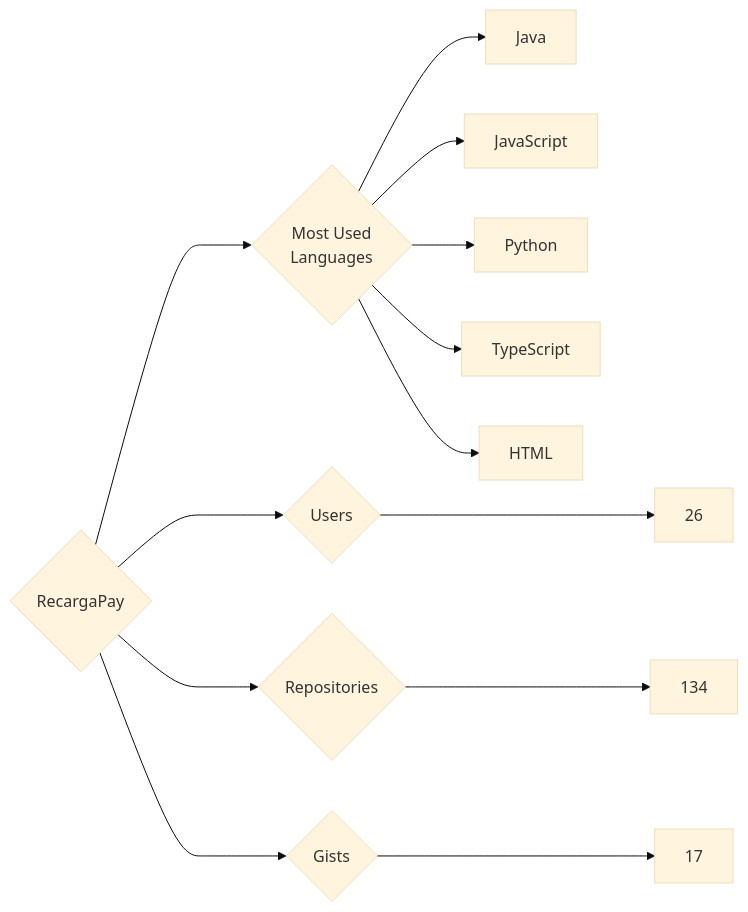
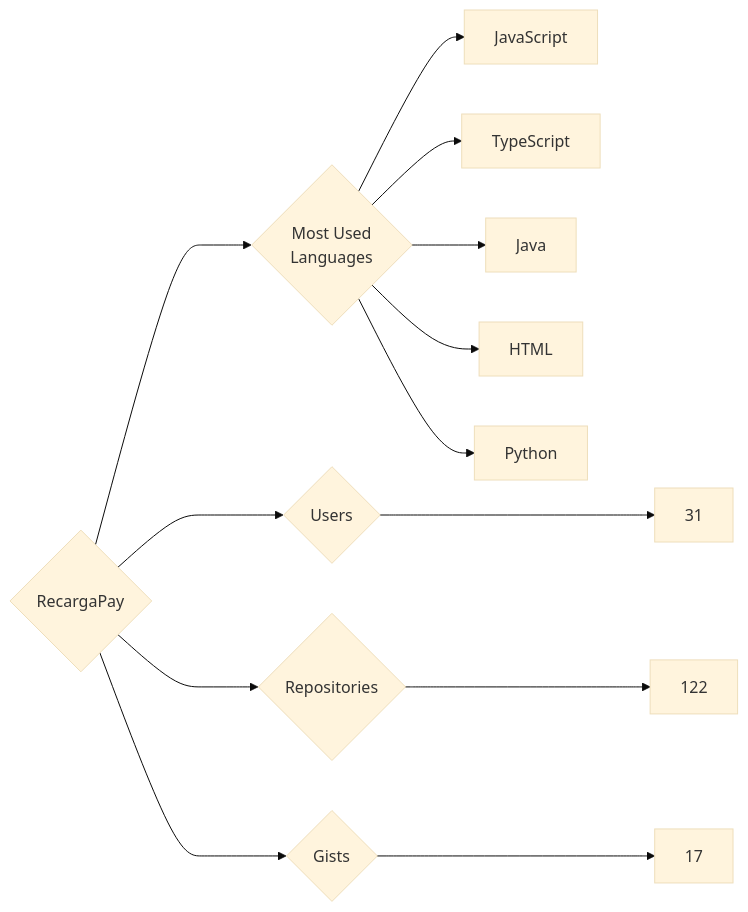
The diagram in targets/RecargaPay/README.md (trickest/insiders), drawn with Mermaid (base theme) before and after one commit. The commit also changed 682 other files, not shown here.

````diff
--- a/targets/RecargaPay/README.md
+++ b/targets/RecargaPay/README.md
@@ -3,13 +3,13 @@
 ```mermaid
 graph LR
 COMPANY_NAME{RecargaPay}
-COMPANY_NAME ---> U{Users} ---> UN[26]
-COMPANY_NAME ---> R{Repositories} ---> RN[134]
+COMPANY_NAME ---> U{Users} ---> UN[31]
+COMPANY_NAME ---> R{Repositories} ---> RN[122]
 COMPANY_NAME ---> G{Gists} ---> GN[17]
 COMPANY_NAME ---> ML{Most Used<br>Languages}
+ML --> JavaScript[JavaScript]
+ML --> TypeScript[TypeScript]
 ML --> Java[Java]
-ML --> JavaScript[JavaScript]
+ML --> HTML[HTML]
 ML --> Python[Python]
-ML --> TypeScript[TypeScript]
-ML --> HTML[HTML]
 ```
````
